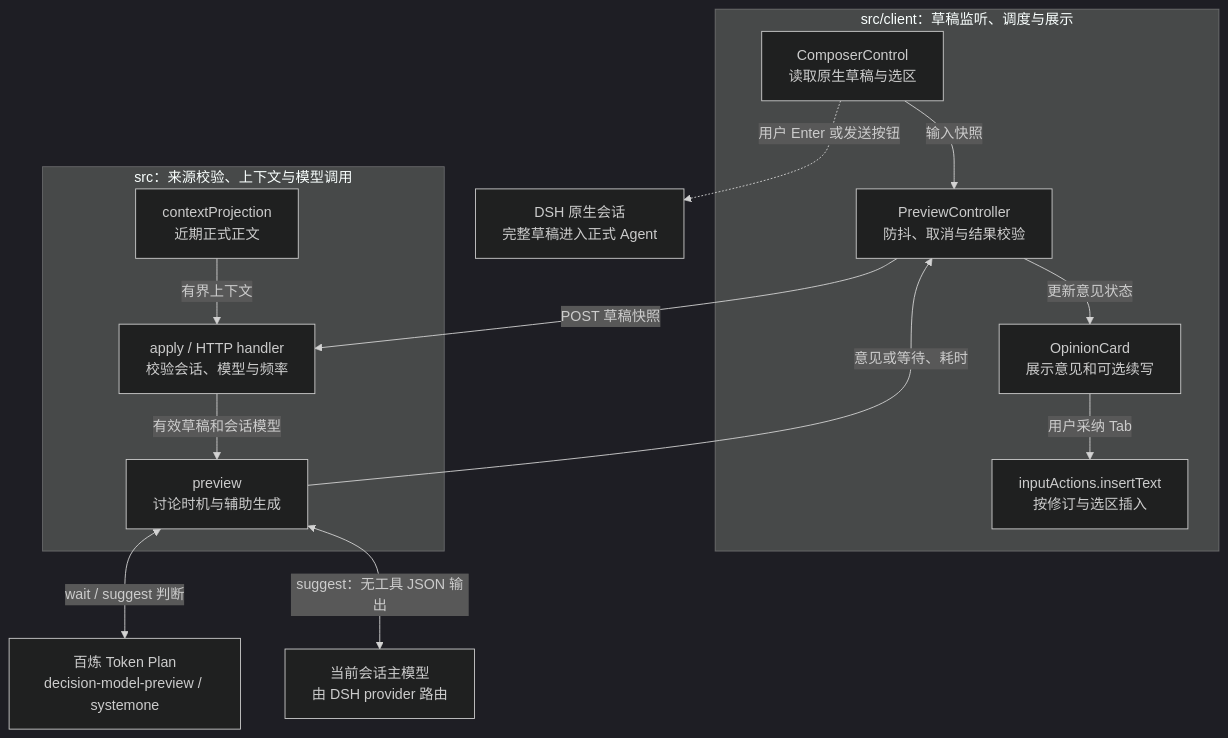
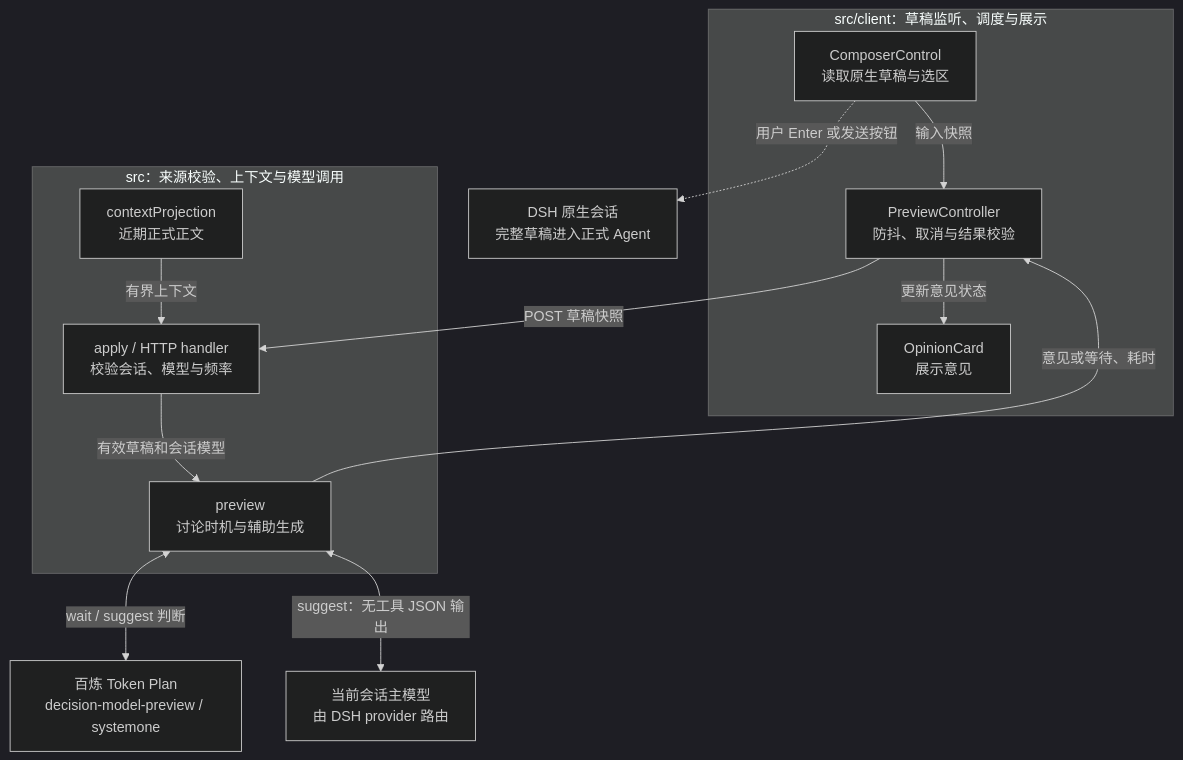
The diagram in docs/TECHNICAL_DESIGN.md (Matcha-Eason/dsh-zhiyan), drawn with Mermaid (dark theme) before and after one commit. The commit also changed other lines of this file and 13 other files, not shown here.

````diff
--- a/docs/TECHNICAL_DESIGN.md
+++ b/docs/TECHNICAL_DESIGN.md
@@ -15,25 +15,24 @@
 ```mermaid
 flowchart TD
     subgraph CLIENT["src/client：草稿监听、调度与展示"]
         INPUT["ComposerControl<br/>读取原生草稿与选区"]
         CTRL["PreviewController<br/>防抖、取消与结果校验"]
-        CARD["OpinionCard<br/>展示意见和可选续写"]
+        CARD["OpinionCard<br/>展示意见"]
         INPUT -->|"输入快照"| CTRL
         CTRL -->|"更新意见状态"| CARD
-        CARD -->|"用户采纳 Tab"| INSERT["inputActions.insertText<br/>按修订与选区插入"]
     end
     subgraph HOST["src：来源校验、上下文与模型调用"]
         API["apply / HTTP handler<br/>校验会话、模型与频率"]
         CONTEXT["contextProjection<br/>近期正式正文"]
         PREVIEW["preview<br/>讨论时机与辅助生成"]
         CONTEXT -->|"有界上下文"| API
         API -->|"有效草稿和会话模型"| PREVIEW
     end
     SYSTEM1["百炼 Token Plan<br/>decision-model-preview / systemone"]
     MAIN["当前会话主模型<br/>由 DSH provider 路由"]
     CTRL -->|"POST 草稿快照"| API
     PREVIEW <-->|"wait / suggest 判断"| SYSTEM1
     PREVIEW <-->|"suggest：无工具 JSON 输出"| MAIN
     PREVIEW -->|"意见或等待、耗时"| CTRL
     INPUT -.->|"用户 Enter 或发送按钮"| NATIVE["DSH 原生会话<br/>完整草稿进入正式 Agent"]
 ```
````
